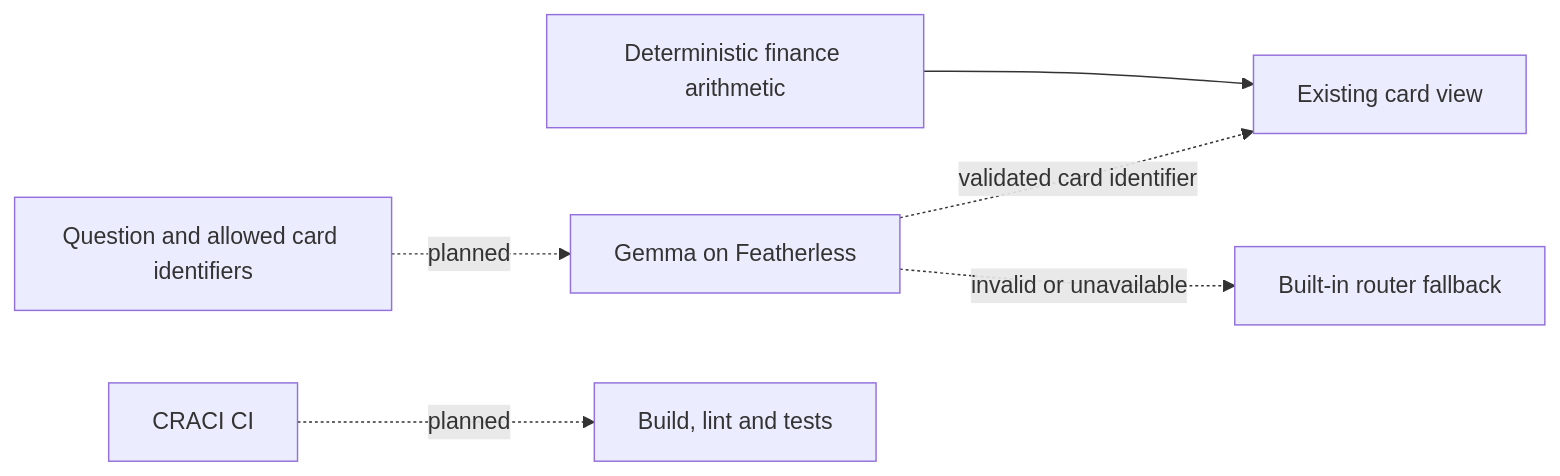
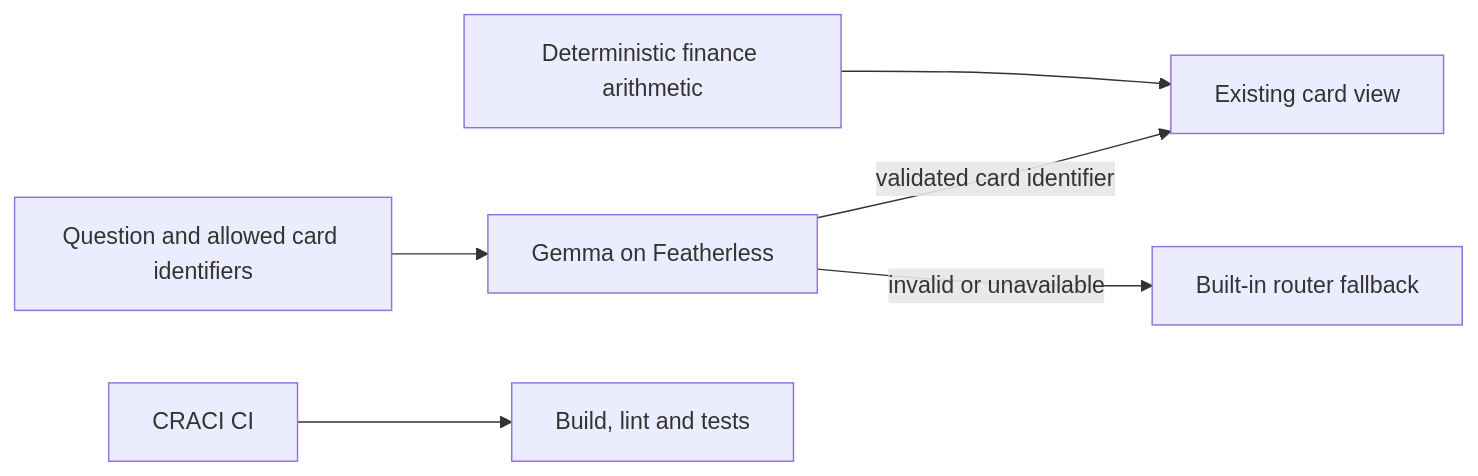
The second of 2 diagrams in README.md (13shreyansh/kori), drawn with Mermaid before and after one commit. The commit also changed other lines of this file and 1 other file, not shown here.

Commit message:
Use measured Gemma 4B card routing and document verified sponsor roles

````diff
--- a/README.md
+++ b/README.md
@@ -73,8 +74,8 @@
 ```mermaid
 flowchart LR
-    Q[Question and allowed card identifiers] -. planned .-> G[Gemma on Featherless]
-    G -. validated card identifier .-> V[Existing card view]
-    G -. invalid or unavailable .-> B[Built-in router fallback]
+    Q[Question and allowed card identifiers] --> G[Gemma on Featherless]
+    G -- validated card identifier --> V[Existing card view]
+    G -- invalid or unavailable --> B[Built-in router fallback]
     A[Deterministic finance arithmetic] --> V
-    C[CRACI CI] -. planned .-> T[Build, lint and tests]
+    C[CRACI CI] --> T[Build, lint and tests]
 ```
````
